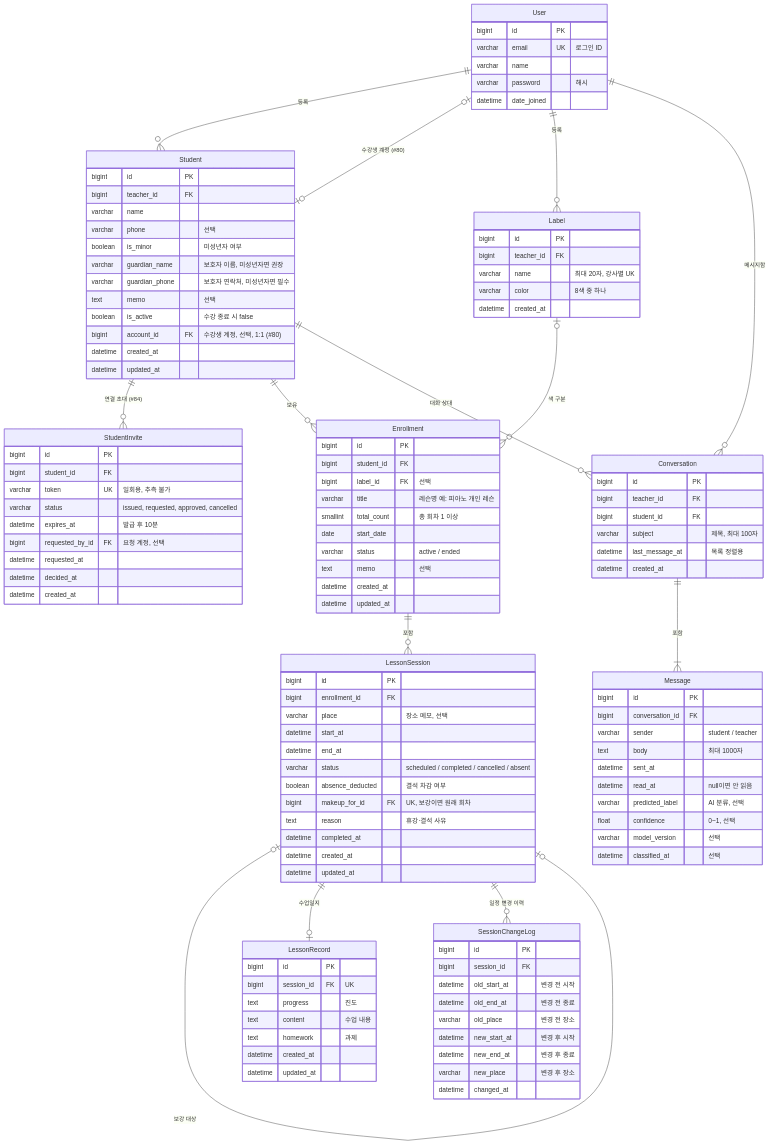
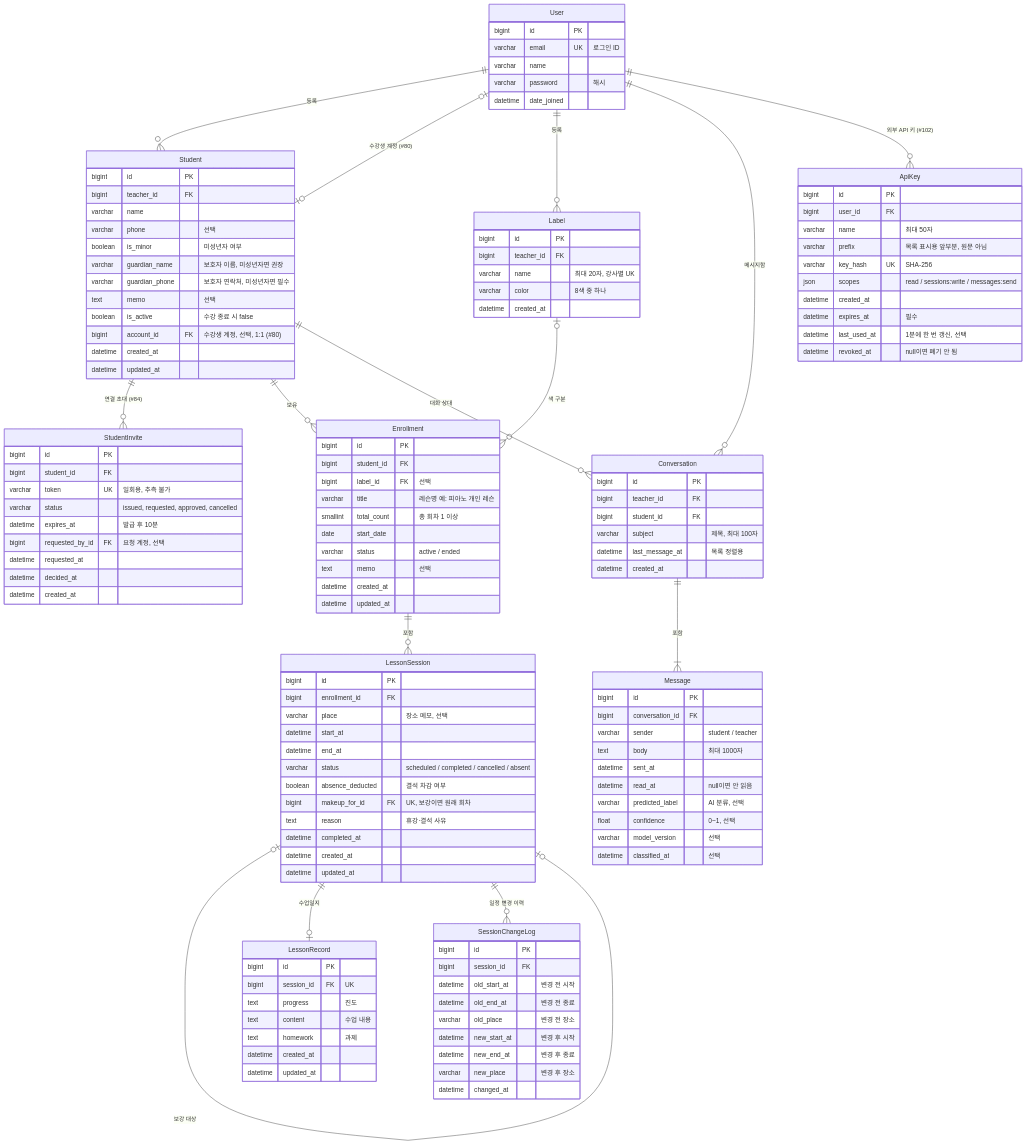
The diagram in docs/ERD.md (yeeun5364/lemit), drawn with Mermaid before and after one commit. The commit also changed other lines of this file and 45 other files, not shown here.

````diff
--- a/docs/ERD.md
+++ b/docs/ERD.md
@@ -20,6 +20,7 @@
     User ||--o{ Conversation : "메시지함"
     Student ||--o{ Conversation : "대화 상대"
     Conversation ||--|{ Message : "포함"
+    User ||--o{ ApiKey : "외부 API 키 (#102)"
 
     User {
         bigint id PK
@@ -126,4 +127,16 @@
         varchar model_version "선택"
         datetime classified_at "선택"
     }
+    ApiKey {
+        bigint id PK
+        bigint user_id FK
+        varchar name "최대 50자"
+        varchar prefix "목록 표시용 앞부분, 원문 아님"
+        varchar key_hash UK "SHA-256"
+        json scopes "read / sessions:write / messages:send"
+        datetime created_at
+        datetime expires_at "필수"
+        datetime last_used_at "1분에 한 번 갱신, 선택"
+        datetime revoked_at "null이면 폐기 안 됨"
+    }
 ```
````
